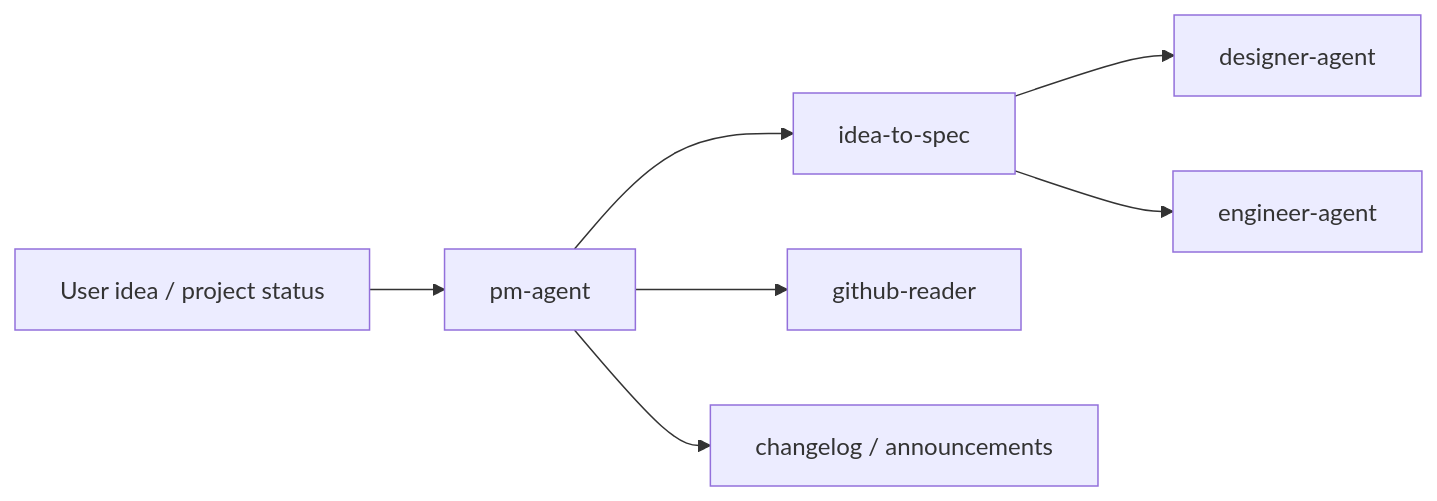
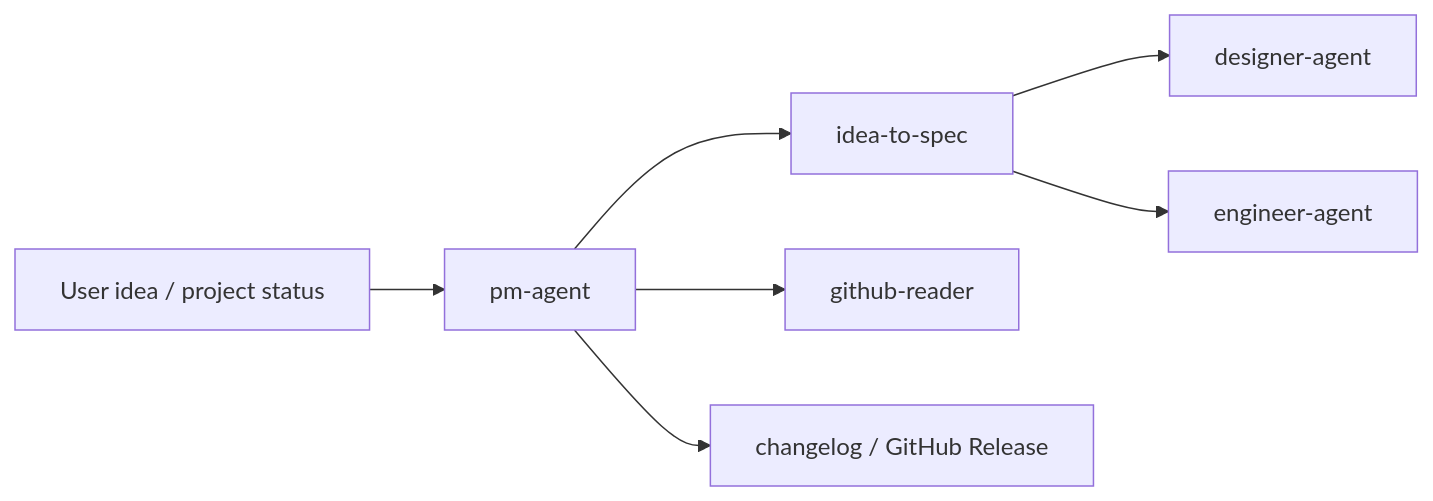
Before and after one commit to Neplich/dev-agent-skills: the diagram in agents/product_manager/README.md, drawn with Mermaid. The commit also changed other lines of this file and 66 other files, not shown here.

````diff
--- a/agents/product_manager/README.md
+++ b/agents/product_manager/README.md
@@ -52,9 +53,9 @@
 ```mermaid
 flowchart LR
     Idea["User idea / project status"] --> PM["pm-agent"]
     PM --> Spec["idea-to-spec"]
     PM --> GitHub["github-reader"]
-    PM --> Release["changelog / announcements"]
+    PM --> Release["changelog / GitHub Release"]
     Spec --> Designer["designer-agent"]
     Spec --> Engineer["engineer-agent"]
 ```
````
